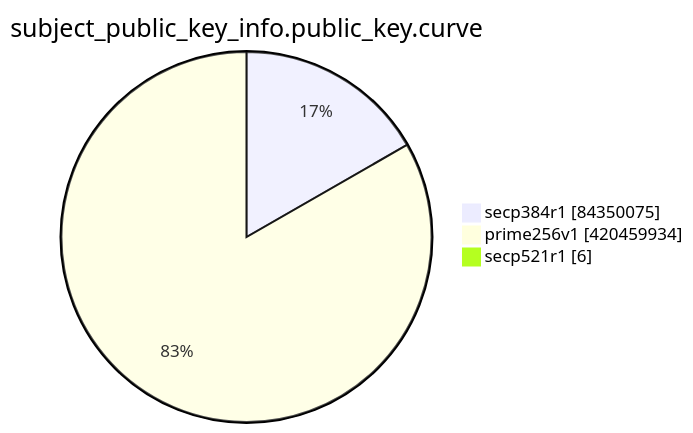
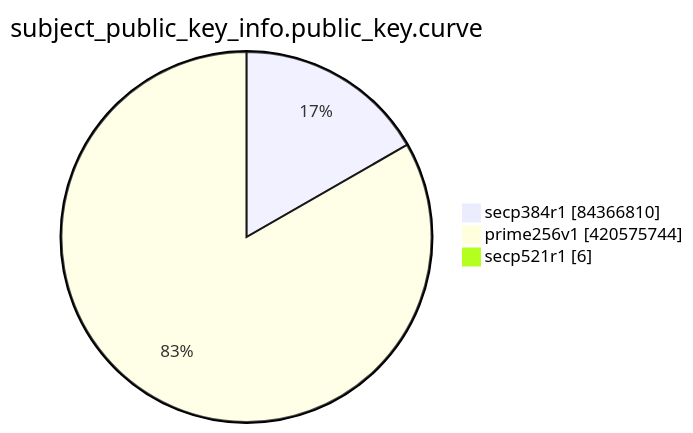
Before and after one commit to christiankrug/ctmonitor_visualization: the eighth of 15 diagrams in TOTAL/README.md, drawn with Mermaid. The commit also changed other lines of this file, not shown here.

````diff
--- a/TOTAL/README.md
+++ b/TOTAL/README.md
@@ -3099,7 +3099,7 @@
 ```mermaid
 pie showData
 title subject_public_key_info.public_key.curve
-"secp384r1" :84350075
-"prime256v1" :420459934
+"secp384r1" :84366810
+"prime256v1" :420575744
 "secp521r1" :6
 ```
````
